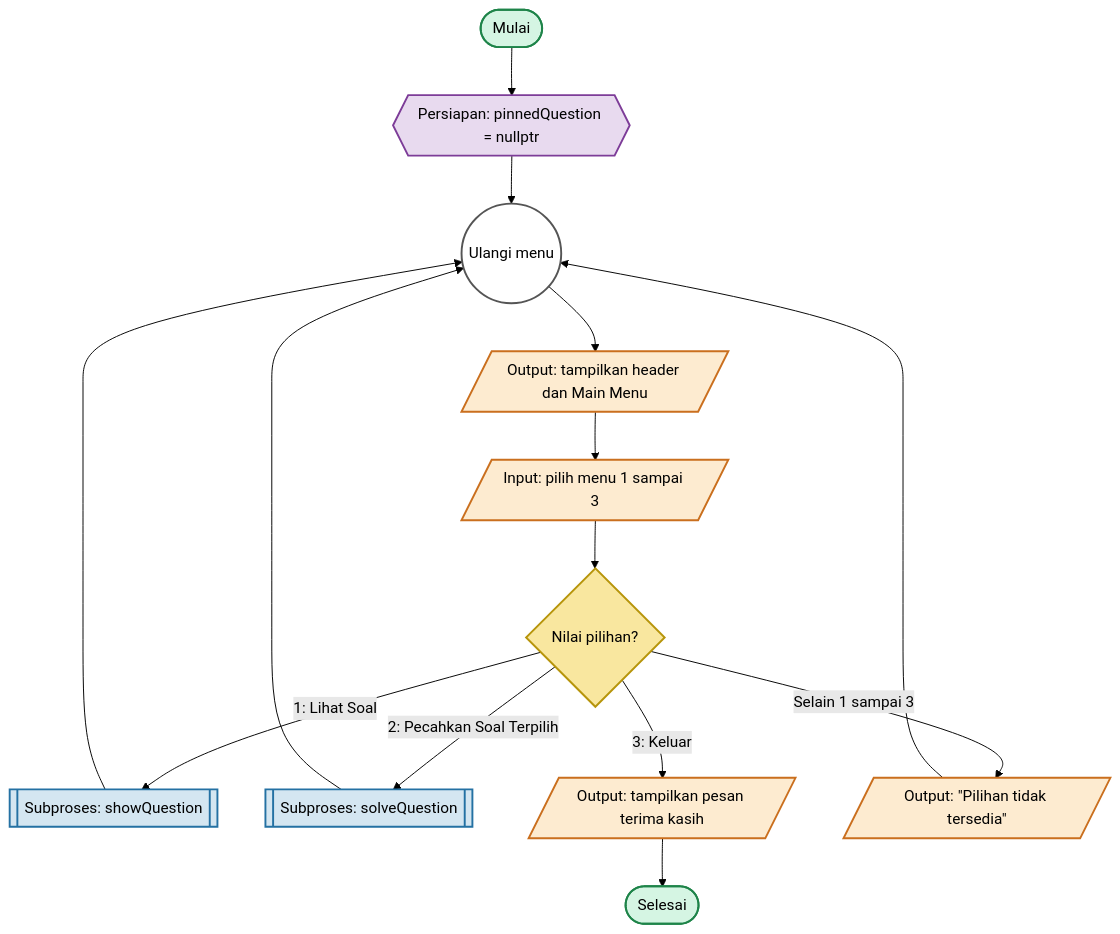
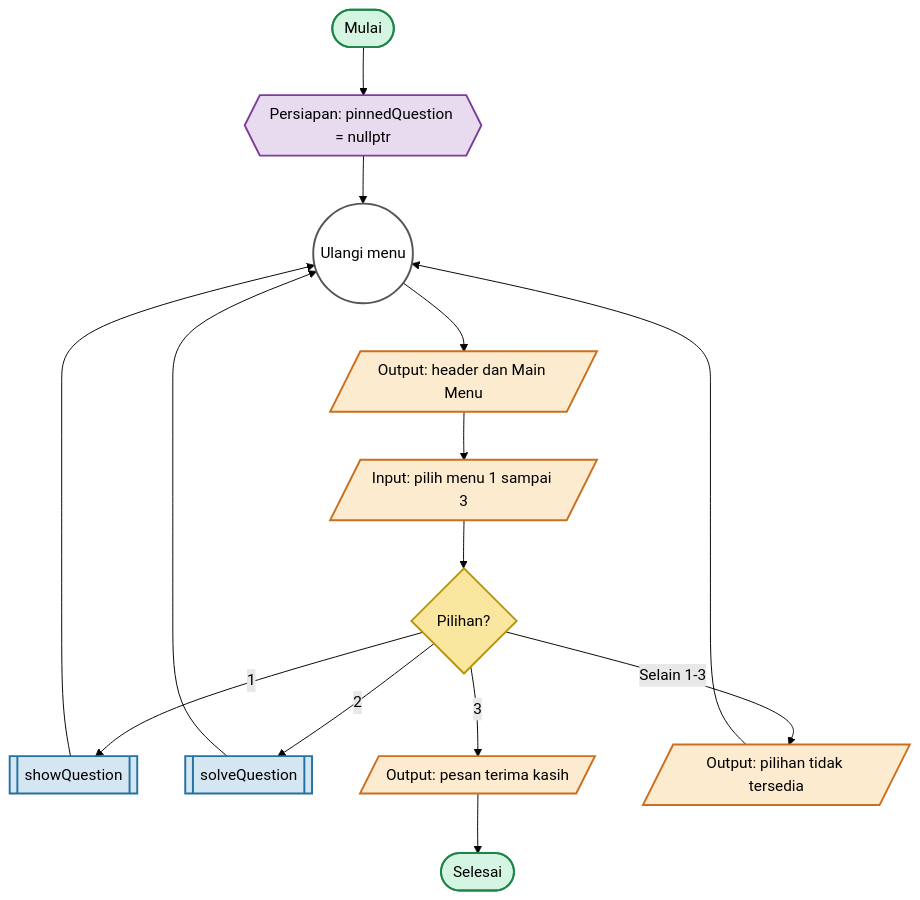
The first of 4 diagrams in FLOWCHART.md (kyberneticus/graph), drawn with Mermaid (forest theme) before and after one commit. The commit also changed other lines of this file and 2 other files, not shown here.

First line of the commit message:
feat: add interactive graph solver input

````diff
--- a/FLOWCHART.md
+++ b/FLOWCHART.md
@@ -7,34 +7,31 @@
 ```mermaid
 flowchart TD
     Start([Mulai]) --> Init{{Persiapan: pinnedQuestion = nullptr}}
     Init --> MainLoop((Ulangi menu))
-    MainLoop --> Header[/Output: tampilkan header dan Main Menu/]
-    Header --> InputChoice[/Input: pilih menu 1 sampai 3/]
-    InputChoice --> Choice{Nilai pilihan?}
+    MainLoop --> Header[/Output: header dan Main Menu/]
+    Header --> MenuInput[/Input: pilih menu 1 sampai 3/]
+    MenuInput --> Choice{Pilihan?}
 
-    Choice -- "1: Lihat Soal" --> Questions[[Subproses: showQuestion]]
+    Choice -- "1" --> Questions[[showQuestion]]
     Questions --> MainLoop
-
-    Choice -- "2: Pecahkan Soal Terpilih" --> Solver[[Subproses: solveQuestion]]
+    Choice -- "2" --> Solver[[solveQuestion]]
     Solver --> MainLoop
-
-    Choice -- "3: Keluar" --> ExitMessage[/Output: tampilkan pesan terima kasih/]
-    ExitMessage --> End([Selesai])
-
-    Choice -- "Selain 1 sampai 3" --> ChoiceError[/Output: "Pilihan tidak tersedia"/]
-    ChoiceError --> MainLoop
+    Choice -- "3" --> Exit[/Output: pesan terima kasih/]
+    Exit --> End([Selesai])
+    Choice -- "Selain 1-3" --> Error[/Output: pilihan tidak tersedia/]
+    Error --> MainLoop
 
     classDef terminator fill:#D5F5E3,stroke:#1E8449,color:#000,stroke-width:2px;
     classDef preparation fill:#E8DAEF,stroke:#7D3C98,color:#000,stroke-width:2px;
     classDef io fill:#FDEBD0,stroke:#CA6F1E,color:#000,stroke-width:2px;
     classDef decision fill:#F9E79F,stroke:#B7950B,color:#000,stroke-width:2px;
     classDef subprocess fill:#D4E6F1,stroke:#2471A3,color:#000,stroke-width:2px;
     classDef connector fill:#FFFFFF,stroke:#555555,color:#000,stroke-width:2px;
 
     class Start,End terminator;
     class Init preparation;
-    class Header,InputChoice,ExitMessage,ChoiceError io;
+    class Header,MenuInput,Exit,Error io;
     class Choice decision;
     class Questions,Solver subprocess;
     class MainLoop connector;
 ```
````
